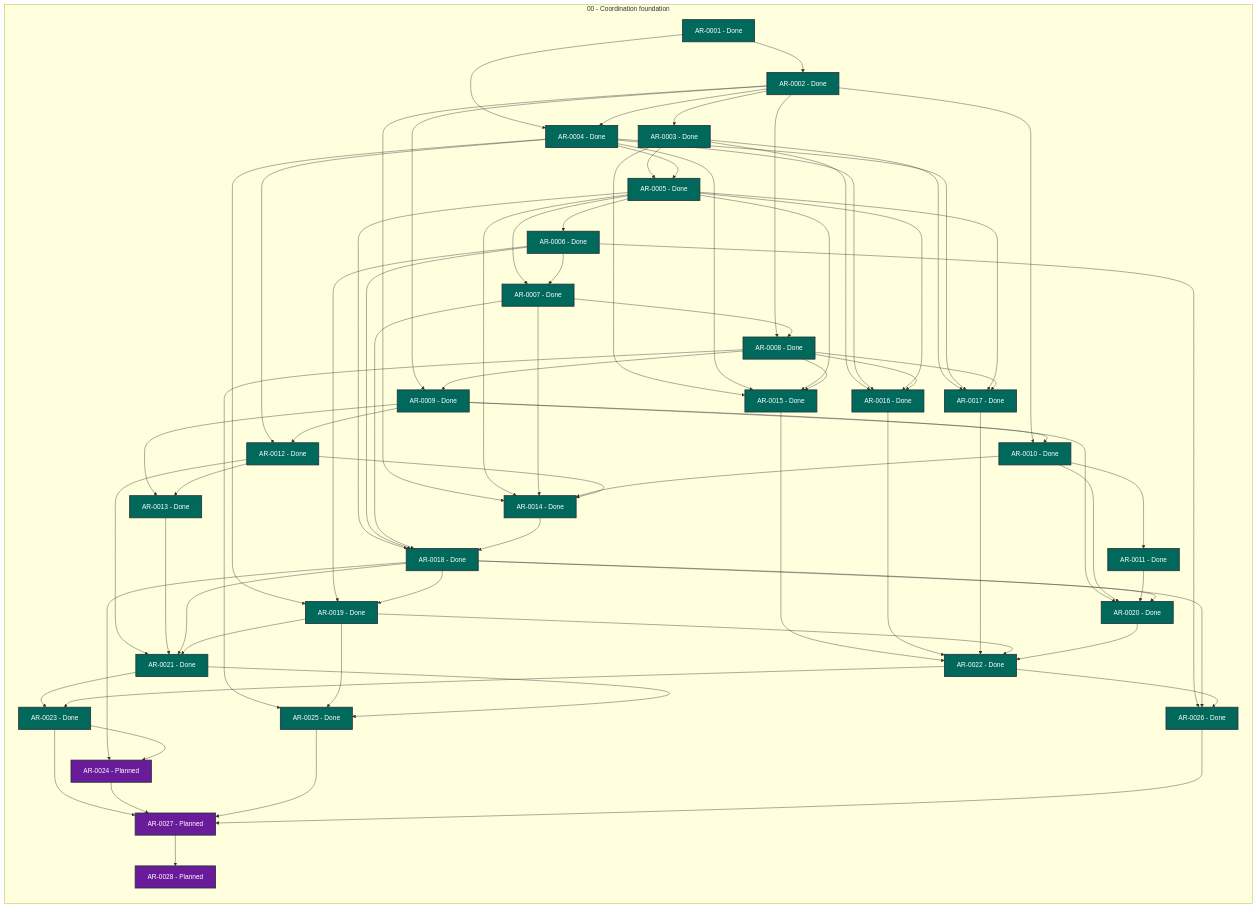
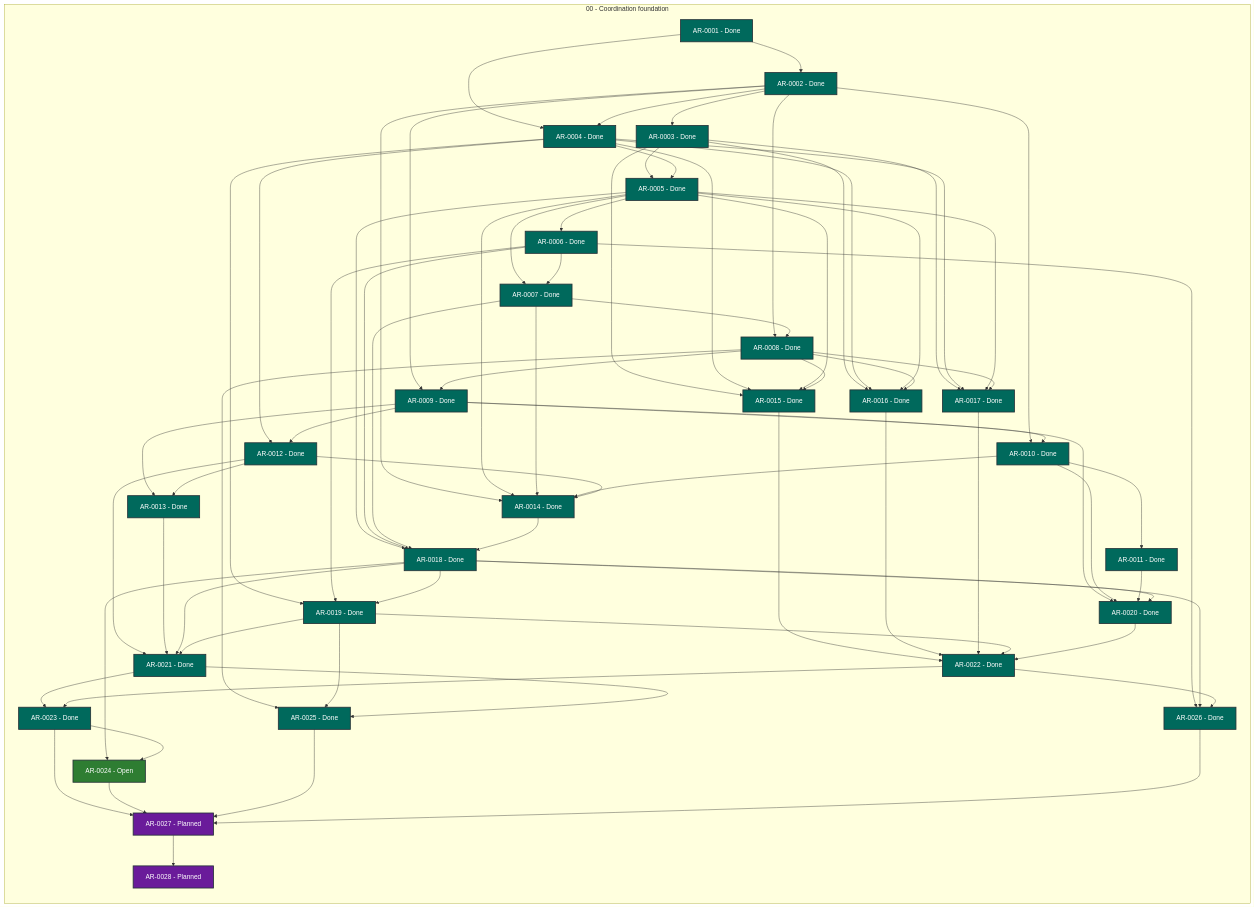
One commit to martin-beck/agent-workflow-runtime-state changed the diagram in STATUS.md. Above: the diagram before and after it, drawn with Mermaid. The commit also changed other lines of this file and 2 other files, not shown here.

```diff
--- a/STATUS.md
+++ b/STATUS.md
@@ -51,7 +51,7 @@
         AR_0021["AR-0021 - Done"]:::status_done
         AR_0022["AR-0022 - Done"]:::status_done
         AR_0023["AR-0023 - Done"]:::status_done
-        AR_0024["AR-0024 - Planned"]:::status_planned
+        AR_0024["AR-0024 - Open"]:::status_open
         AR_0025["AR-0025 - Done"]:::status_done
         AR_0026["AR-0026 - Done"]:::status_done
         AR_0027["AR-0027 - Planned"]:::status_planned
```
